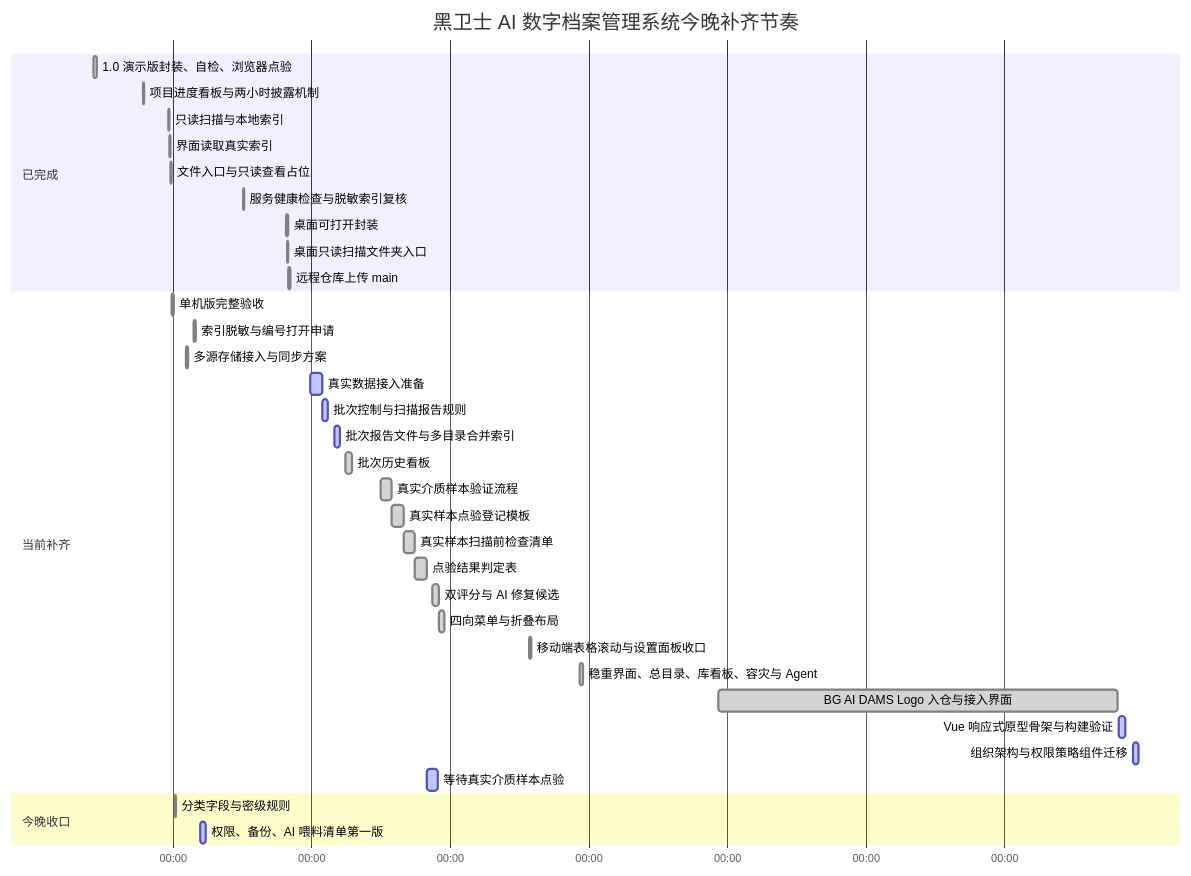
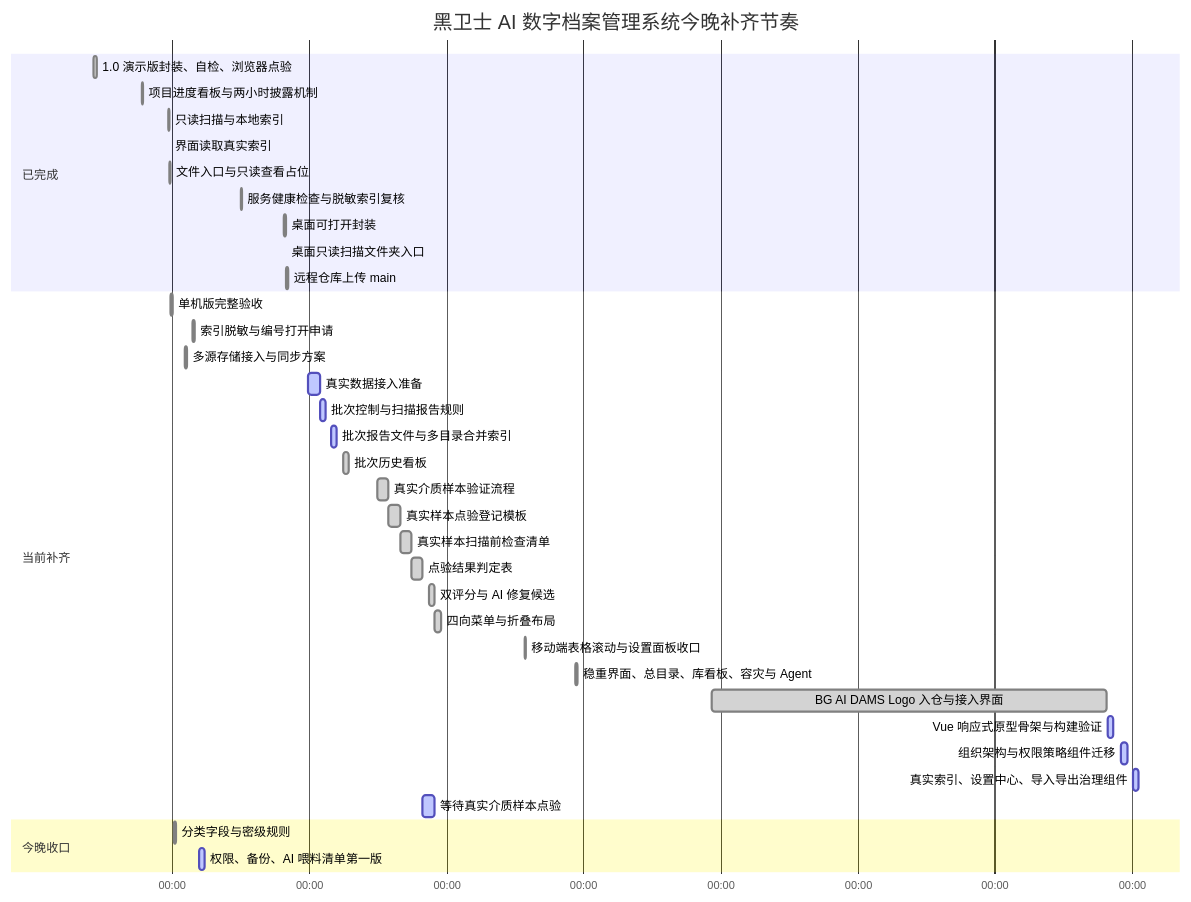
Before and after one commit to okalexhohongkong/Alex-Code-Repository: the diagram in 项目进度看板.md, drawn with Mermaid. The commit also changed other lines of this file and 14 other files, not shown here.

````diff
--- a/项目进度看板.md
+++ b/项目进度看板.md
@@ -20,42 +21,43 @@
 ```mermaid
 gantt
   title 黑卫士 AI 数字档案管理系统今晚补齐节奏
   dateFormat  YYYY-MM-DD HH:mm
   axisFormat  %H:%M
 
   section 已完成
   1.0 演示版封装、自检、浏览器点验        :done, demo-1, 2026-06-21 20:30, 1h
   项目进度看板与两小时披露机制             :done, demo-2, 2026-06-22 13:30, 25m
   只读扫描与本地索引                      :done, local-2, 2026-06-22 22:30, 25m
   界面读取真实索引                        :done, local-3, 2026-06-22 22:55, 20m
   文件入口与只读查看占位                   :done, local-4, 2026-06-22 23:05, 25m
   服务健康检查与脱敏索引复核                :done, local-health, 2026-06-24 00:10, 20m
   桌面可打开封装                           :done, desktop-1, 2026-06-24 15:10, 35m
   桌面只读扫描文件夹入口                    :done, desktop-2, 2026-06-24 15:43, 20m
   远程仓库上传 main                         :done, remote-1, 2026-06-24 16:00, 45m
 
   section 当前补齐
   单机版完整验收                          :done, local-5, 2026-06-22 23:35, 35m
   索引脱敏与编号打开申请                   :done, local-6, 2026-06-23 07:10, 35m
   多源存储接入与同步方案                   :done, storage-1, 2026-06-23 04:30, 35m
   真实数据接入准备                         :active, intake-1, 2026-06-24 23:42, 4h
   批次控制与扫描报告规则                   :active, intake-2, 2026-06-25 03:44, 2h
   批次报告文件与多目录合并索引              :active, intake-3, 2026-06-25 07:47, 2h
   批次历史看板                            :done, intake-4, 2026-06-25 11:50, 2h
   真实介质样本验证流程                    :done, intake-5, 2026-06-25 23:45, 4h
   真实样本点验登记模板                    :done, intake-6, 2026-06-26 03:46, 4h
   真实样本扫描前检查清单                  :done, intake-7, 2026-06-26 07:46, 4h
   点验结果判定表                          :done, intake-8, 2026-06-26 11:46, 4h
   双评分与 AI 修复候选                    :done, ui-score-1, 2026-06-26 18:00, 2h
   四向菜单与折叠布局                      :done, ui-menu-1, 2026-06-26 20:00, 2h
   移动端表格滚动与设置面板收口              :done, ui-mobile-1, 2026-06-28 03:20, 35m
   稳重界面、总目录、库看板、容灾与 Agent     :done, ui-search-1, 2026-06-28 21:00, 1h
   BG AI DAMS Logo 入仓与接入界面              :done, brand-1, 2026-06-30 21:00, 2026-07-06 15:10
   Vue 响应式原型骨架与构建验证                  :active, vue-1, 2026-07-06 15:40, 2h
   组织架构与权限策略组件迁移                    :active, vue-2, 2026-07-06 20:20, 2h
+  真实索引、设置中心、导入导出治理组件             :active, vue-3, 2026-07-07 00:20, 2h
   等待真实介质样本点验                    :active, intake-9, 2026-06-26 15:46, 4h
 
   section 今晚收口
   分类字段与密级规则                       :done, class-1, 2026-06-23 00:30, 45m
   权限、备份、AI 喂料清单第一版             :active, class-2, 2026-06-23 09:30, 2h
 ```
````
